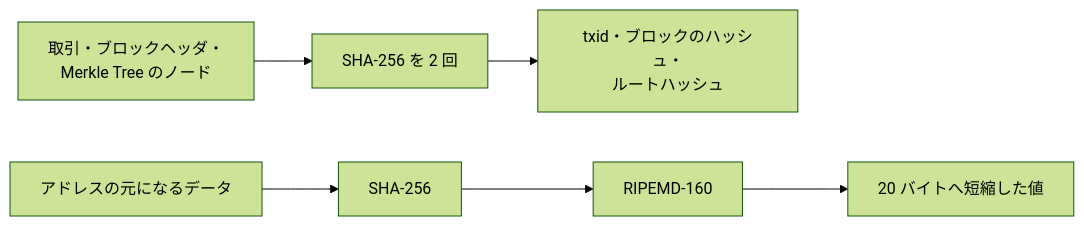
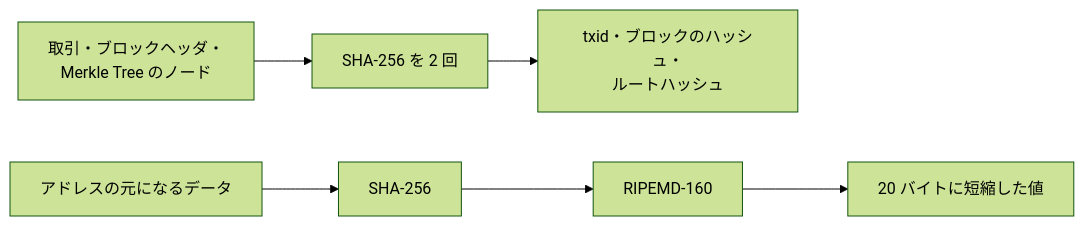
Before and after one commit to nao1215/debimate: the fourth of 4 diagrams in content/notes/blockchain-systems/hash-function/index.md, drawn with Mermaid (forest theme). The commit also changed other lines of this file and 46 other files, not shown here.

````diff
--- a/content/notes/blockchain-systems/hash-function/index.md
+++ b/content/notes/blockchain-systems/hash-function/index.md
@@ -124,8 +124,8 @@
 ```mermaid
 flowchart LR
     T["取引・ブロックヘッダ・<br/>Merkle Tree のノード"] --> D["SHA-256 を 2 回"]
     D --> R["txid・ブロックのハッシュ・<br/>ルートハッシュ"]
     P["アドレスの元になるデータ"] --> S1["SHA-256"]
     S1 --> S2["RIPEMD-160"]
-    S2 --> A["20 バイトへ短縮した値"]
+    S2 --> A["20 バイトに短縮した値"]
 ```
````
